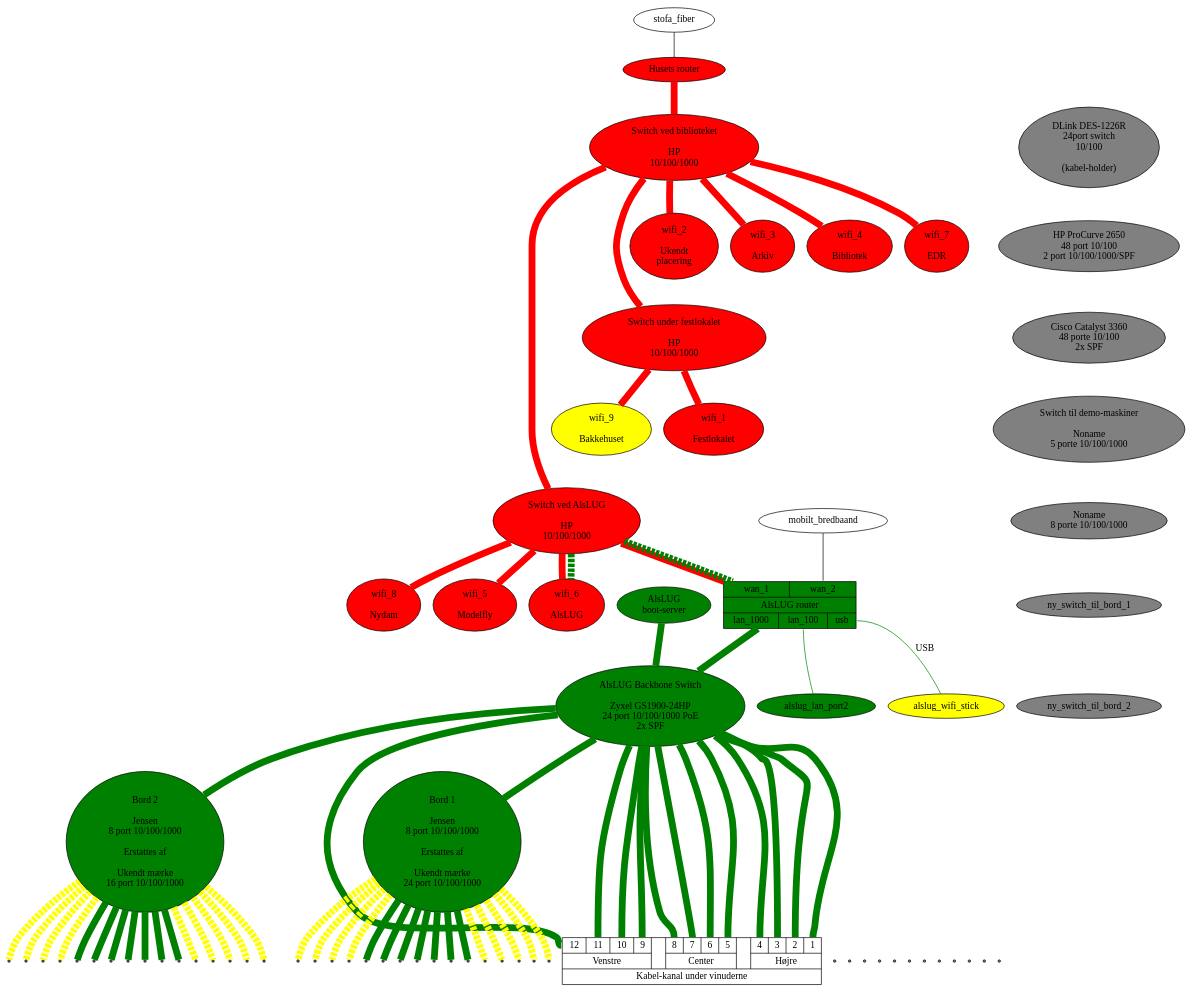
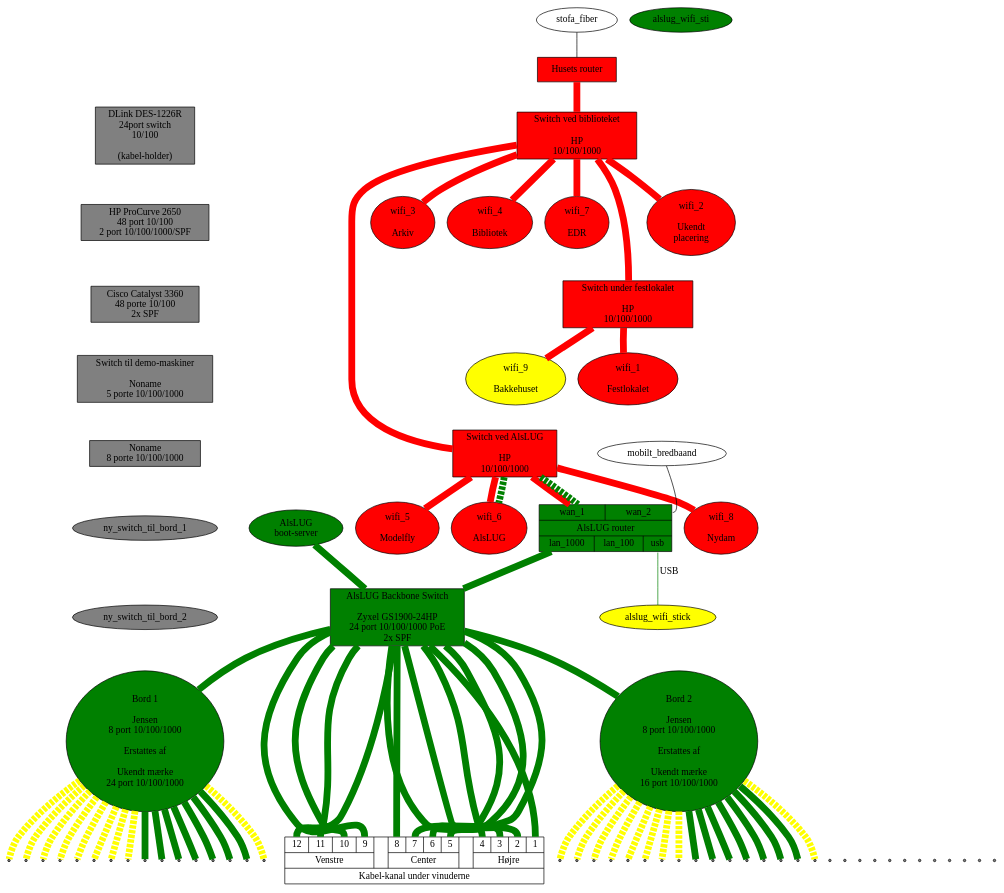
Before and after one commit to alslug/alslug.dk: the diagram in projekter/network.dot, drawn with Graphviz.

```diff
--- a/projekter/network.dot
+++ b/projekter/network.dot
@@ -1,110 +1,109 @@
 digraph xxx {
 #  link_12a [ shape=point ];
 #  link_12b [ shape=point ];
 #  link_12c [ shape=point ];
   edge [ dir=none penwidth=10 ];
 
   node [ style=filled fillcolor=red ];
-  husets_router [ label="Husets router" ];
-  husets_switch_1 [ label="Switch ved biblioteket\n\nHP\n10/100/1000" ];
-  husets_switch_2 [ label="Switch ved AlsLUG\n\nHP\n10/100/1000" ];
-  festlokale_switch [ label="Switch under festlokalet\n\nHP\n10/100/1000" ];
+  husets_router [ shape=box label="Husets router" ];
+  husets_switch_1 [ shape=box label="Switch ved biblioteket\n\nHP\n10/100/1000" ];
+  husets_switch_2 [ shape=box label="Switch ved AlsLUG\n\nHP\n10/100/1000" ];
+  festlokale_switch [ shape=box label="Switch under festlokalet\n\nHP\n10/100/1000" ];
   wifi_1 [ label=" wifi_1 \n\n Festlokalet "                ];
   wifi_2 [ label=" wifi_2 \n\n Ukendt \n placering "        ];
   wifi_3 [ label=" wifi_3 \n\n Arkiv "                      ];
   wifi_4 [ label=" wifi_4 \n\n Bibliotek "                  ];
   wifi_5 [ label=" wifi_5 \n\n Modelfly "                   ];
   wifi_6 [ label=" wifi_6 \n\n AlsLUG "                     ];
   wifi_7 [ label=" wifi_7 \n\n EDR "                        ];
   wifi_8 [ label=" wifi_8 \n\n Nydam "                      ];
   wifi_9 [ label=" wifi_9 \n\n Bakkehuset" fillcolor=yellow ];
   
   node [ style=filled fillcolor=green ];
   alslug_router [ shape=record label="{{<wan_1> wan_1|<wan_2> wan_2}|AlsLUG router|{<lan_1000> lan_1000|<lan_100> lan_100|<usb> usb}}" ];
   alslug_gl_bootserver [ label="AlsLUG\nboot-server" ];
-  alslug_backbone_switch [ label="AlsLUG Backbone Switch\n\nZyxel GS1900-24HP\n24 port 10/100/1000 PoE\n2x SPF"];
+  alslug_backbone_switch [ shape=box label="AlsLUG Backbone Switch\n\nZyxel GS1900-24HP\n24 port 10/100/1000 PoE\n2x SPF"];
   bord_1 [ label="Bord 1\n\nJensen\n8 port 10/100/1000\n\n Erstattes af\n\nUkendt mærke\n24 port 10/100/1000"];
   bord_2 [ label="Bord 2\n\nJensen\n8 port 10/100/1000\n\n Erstattes af\n\nUkendt mærke\n16 port 10/100/1000"];
-  alslug_wifi_stick alslug_lan_port2;
+  alslug_wifi_sti
   
   // Udstyr som pt ikke bruges
   node [ style=filled fillcolor=gray ];
-  switch_24p      [ label="DLink DES-1226R\n24port switch\n10/100\n\n(kabel-holder)"];
-  switch_48p      [ label="HP ProCurve 2650\n48 port 10/100\n2 port 10/100/1000/SPF"];
-  switch_48p_poe  [ label="Cisco Catalyst 3360\n48 porte 10/100\n2x SPF"];
-  switch_5p       [ label="Switch til demo-maskiner\n\nNoname\n5 porte 10/100/1000" ];
-  switch_8p       [ label="Noname\n8 porte 10/100/1000"];
+  switch_24p      [ shape=box label="DLink DES-1226R\n24port switch\n10/100\n\n(kabel-holder)"];
+  switch_48p      [ shape=box label="HP ProCurve 2650\n48 port 10/100\n2 port 10/100/1000/SPF"];
+  switch_48p_poe  [ shape=box label="Cisco Catalyst 3360\n48 porte 10/100\n2x SPF"];
+  switch_5p       [ shape=box label="Switch til demo-maskiner\n\nNoname\n5 porte 10/100/1000" ];
+  switch_8p       [ shape=box label="Noname\n8 porte 10/100/1000"];
   
   switch_24p -> switch_48p -> switch_48p_poe -> switch_5p -> switch_8p -> ny_switch_til_bord_1 -> ny_switch_til_bord_2 -> bord_1 [ color=invis ];
   
   
   node [ style=normal ];
   // Internet forbindelser
   stofa_fiber      -> husets_router:wan_1 [ penwidth=1 fillcolor=black style=filled ];
   mobilt_bredbaand -> alslug_router:wan_2 [ penwidth=1 fillcolor=black style=filled ];
   
   // Husets forbindelser
   edge  [ color=red style=solid ];
   husets_switch_1 -> festlokale_switch -> {             wifi_1                                                  wifi_9 };
   husets_router -> husets_switch_1 -> {                        wifi_2 wifi_3 wifi_4               wifi_7               };
   husets_switch_1 -> husets_switch_2 -> { alslug_router                             wifi_5 wifi_6        wifi_8        };
 
   // VLAN forbindelser over bakkensbros netværk
   edge  [ color=green style=dashed ];
   husets_switch_2 -> { alslug_router:wan_1 wifi_6 };
 
   alslug_wifi_stick [ fillcolor=yellow style=filled ];
 
   // Interne forbindelser
   edge [ color=green style=solid ];
   node [ shape=point ];
   
   {alslug_router:lan_1000 alslug_gl_bootserver} -> alslug_backbone_switch -> { bord_1 bord_2 }
 
   alslug_router:usb -> alslug_wifi_stick [ penwidth=1 label="USB" ];
-  alslug_router:lan_100 -> alslug_lan_port2 [ penwidth=1 ];
   
   bord_1 -> {
                   bord_1_1 bord_1_2 bord_1_3 bord_1_4 bord_1_5 bord_1_6 bord_1_7
                 };
   bord_1 -> {
                   bord_1_8 bord_1_9 bord_1_10 bord_1_11 bord_1_12 bord_1_13 bord_1_14 bord_1_15 bord_1_16
                 } [ style=dashed color=yellow ];
   bord_2 -> {
                   bord_2_1 bord_2_2 bord_2_3 bord_2_4 bord_2_5 bord_2_6 bord_2_7
                 };
   bord_2 -> {
                   bord_2_8 bord_2_9 bord_2_10 bord_2_11 bord_2_12 bord_2_13 bord_2_14 bord_2_15 bord_2_16
                 } [ style=dashed color=yellow ];
                 
   alslug_backbone_switch -> vindue:1;
   alslug_backbone_switch -> vindue:2;
   alslug_backbone_switch -> vindue:3;
   alslug_backbone_switch -> vindue:4;
   alslug_backbone_switch -> vindue:5;
   alslug_backbone_switch -> vindue:6;
   alslug_backbone_switch -> vindue:7;
   alslug_backbone_switch -> vindue:8;
   alslug_backbone_switch -> vindue:9;
   alslug_backbone_switch -> vindue:10;
   alslug_backbone_switch -> vindue:11;
   alslug_backbone_switch -> vindue:12;
 
   edge [ color=invis ];
   husets_switch_1 -> wifi_2 -> festlokale_switch -> wifi_1 -> husets_switch_2;
   vindue [ shape=record label="{{ {{<12> 12|<11> 11|<10> 10|<9> 9}  | Venstre }||
                                   {{<8> 8|<7> 7|<6> 6|<5> 5}        | Center  }||
                                   {{<4> 4|<3> 3|<2> 2|<1> 1}        | Højre   }}| Kabel-kanal under vinuderne }}" ];
 
   subgraph {
     rank = same;
                   vindue;
                   vindue_left_12;   vindue_left_11;   vindue_left_10;   vindue_left_9;
                   vindue_center_8;  vindue_center_7;  vindue_center_6;  vindue_center_5;
                   vindue_right_4;   vindue_right_3;   vindue_right_2;   vindue_right_1;
                   bord_1_1;   bord_1_2;   bord_1_3;   bord_1_4;   bord_1_5;   bord_1_6;   bord_1_7;   bord_1_8;
                   bord_1_9;   bord_1_10;  bord_1_11;  bord_1_12;  bord_1_13;  bord_1_14;  bord_1_15;  bord_1_16;
                   bord_2_1;   bord_2_2;   bord_2_3;   bord_2_4;   bord_2_5;   bord_2_6;   bord_2_7;   bord_2_8;
                   bord_2_9;   bord_2_10;  bord_2_11;  bord_2_12;  bord_2_13;  bord_2_14;  bord_2_15;  bord_2_16;
   }
 }
```
